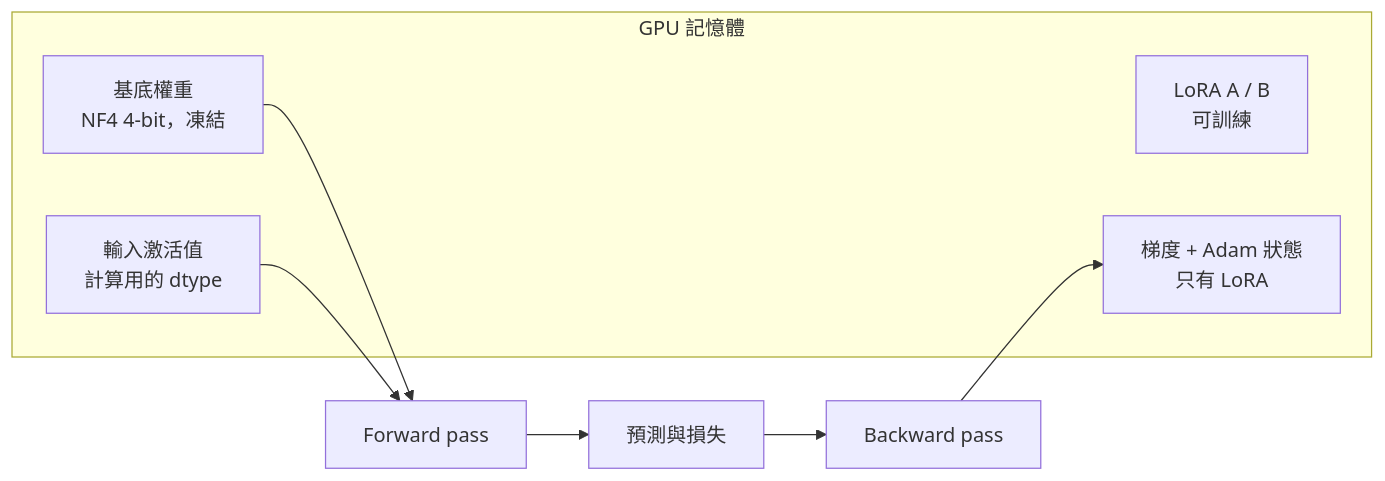
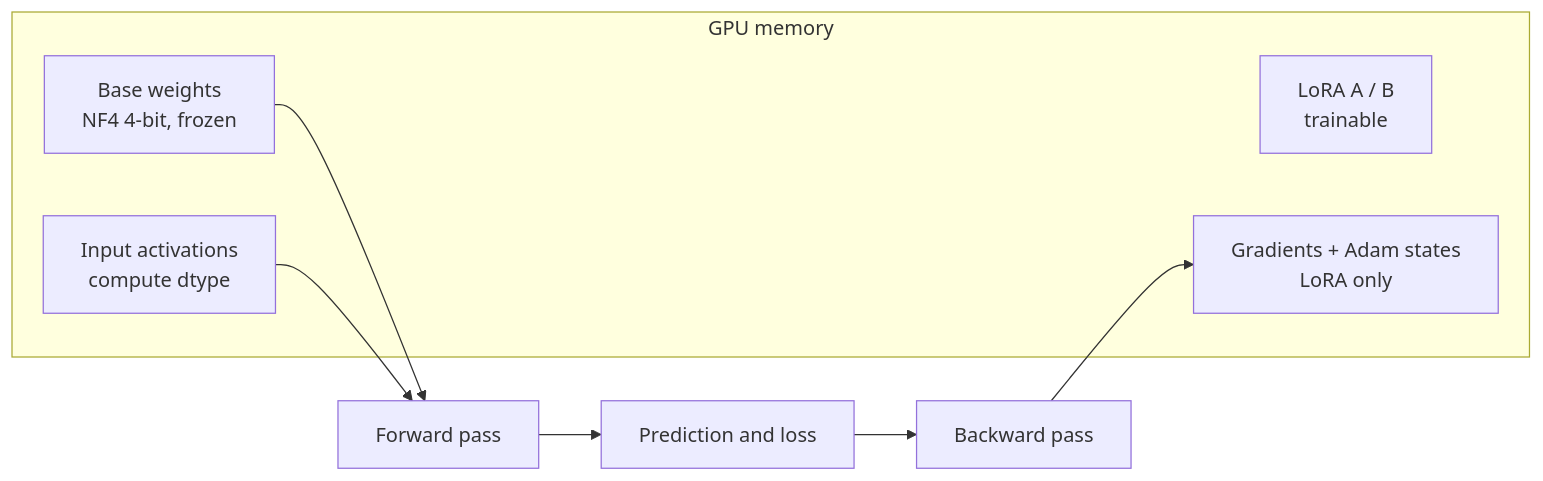
One commit to cw1997/fine-tuning-playground changed the fifth of 13 diagrams in README.zh-Hant.md. Above: the diagram before and after it, drawn with Mermaid. The commit also changed other lines of this file and 1 other file, not shown here.

````diff
--- a/README.zh-Hant.md
+++ b/README.zh-Hant.md
@@ -237,14 +201,14 @@
 ```mermaid
 flowchart LR
-    subgraph GPU["GPU 記憶體"]
-        A["基底權重<br/>NF4 4-bit，凍結"]
-        B["輸入激活值<br/>計算用的 dtype"]
-        C["LoRA A / B<br/>可訓練"]
-        D["梯度 + Adam 狀態<br/>只有 LoRA"]
+    subgraph GPU["GPU memory"]
+        A["Base weights<br/>NF4 4-bit, frozen"]
+        B["Input activations<br/>compute dtype"]
+        C["LoRA A / B<br/>trainable"]
+        D["Gradients + Adam states<br/>LoRA only"]
     end
     A --> E["Forward pass"]
     B --> E
-    E --> F["預測與損失"]
+    E --> F["Prediction and loss"]
     F --> G["Backward pass"]
     G --> D
 ```
````
